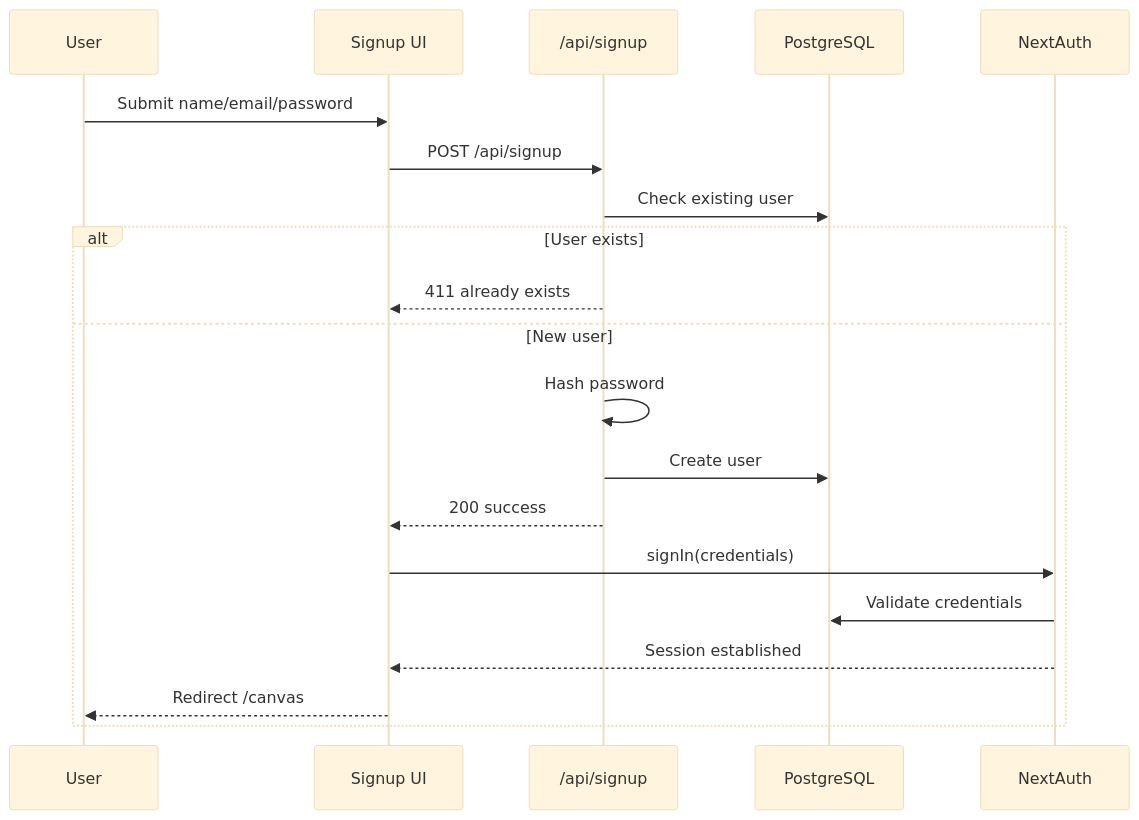
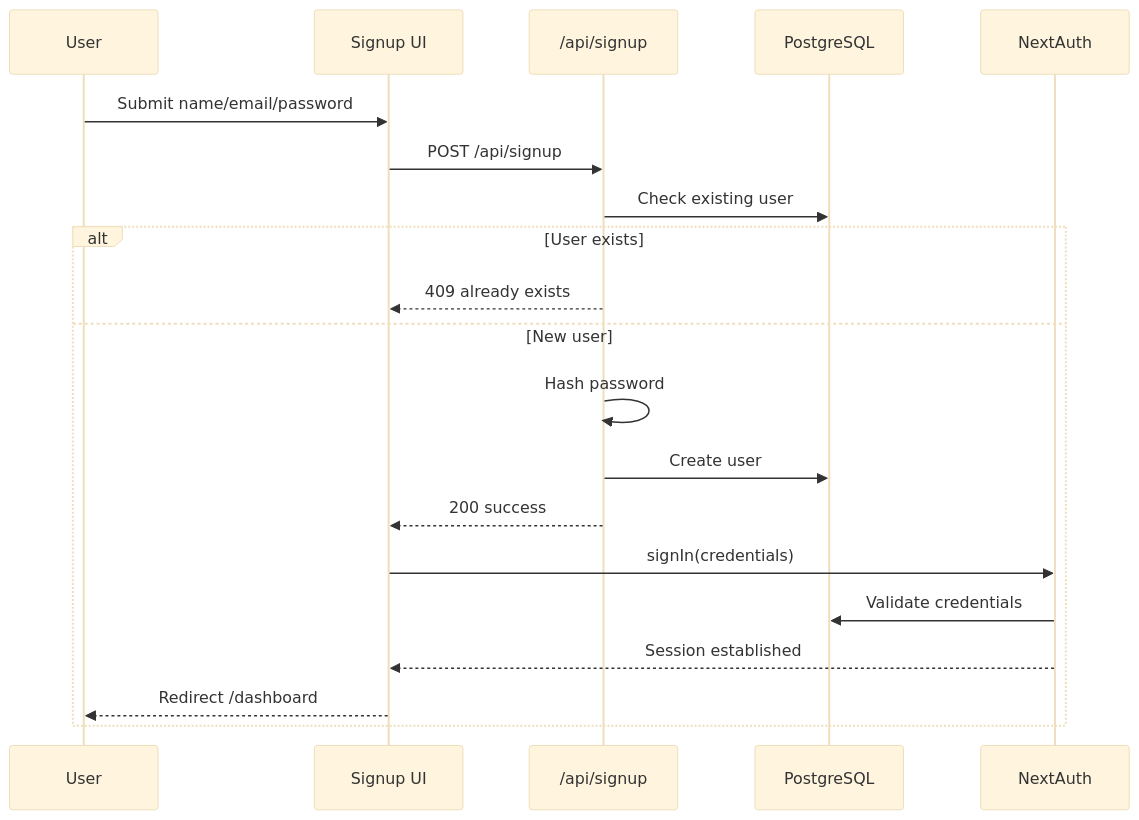
One commit to Namansingh3264/NexusEditor changed the third of 9 diagrams in README.md. Above: the diagram before and after it, drawn with Mermaid (base theme). The commit also changed other lines of this file and 12 other files, not shown here.

````diff
--- a/README.md
+++ b/README.md
@@ -196,23 +216,23 @@
 ```mermaid
 sequenceDiagram
     participant U as User
     participant SU as Signup UI
     participant SA as /api/signup
     participant DB as PostgreSQL
     participant NA as NextAuth
 
     U->>SU: Submit name/email/password
     SU->>SA: POST /api/signup
     SA->>DB: Check existing user
     alt User exists
-        SA-->>SU: 411 already exists
+        SA-->>SU: 409 already exists
     else New user
         SA->>SA: Hash password
         SA->>DB: Create user
         SA-->>SU: 200 success
         SU->>NA: signIn(credentials)
         NA->>DB: Validate credentials
         NA-->>SU: Session established
-        SU-->>U: Redirect /canvas
+        SU-->>U: Redirect /dashboard
     end
 ```
````
